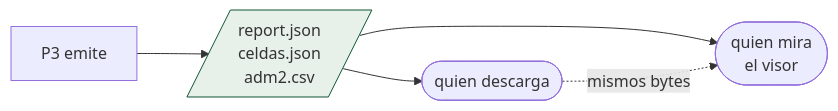
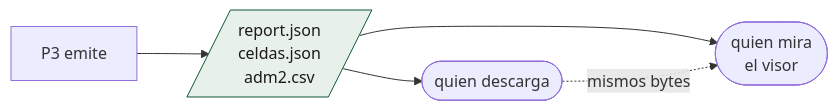
The third of 3 diagrams in docs/visor/consumo-de-datos.md (sforero77/CENTINELA), drawn with Mermaid before and after one commit. The commit also changed 24 other files, not shown here.

First line of the commit message:
Los rotulos de los diagramas se borraban en tema oscuro

````diff
--- a/docs/visor/consumo-de-datos.md
+++ b/docs/visor/consumo-de-datos.md
@@ -77,9 +77,9 @@
 ```mermaid
 flowchart LR
   P3["P3 emite"] --> ART[/"report.json<br/>celdas.json<br/>adm2.csv"/]
   ART --> DESC(["quien descarga"])
   ART --> VIS(["quien mira<br/>el visor"])
   DESC -.->|"mismos bytes"| VIS
 
-  style ART fill:#e8f0ea,stroke:#0f5636
+  style ART fill:#e8f0ea,stroke:#0f5636,color:#1c1b1a
 ```
````
